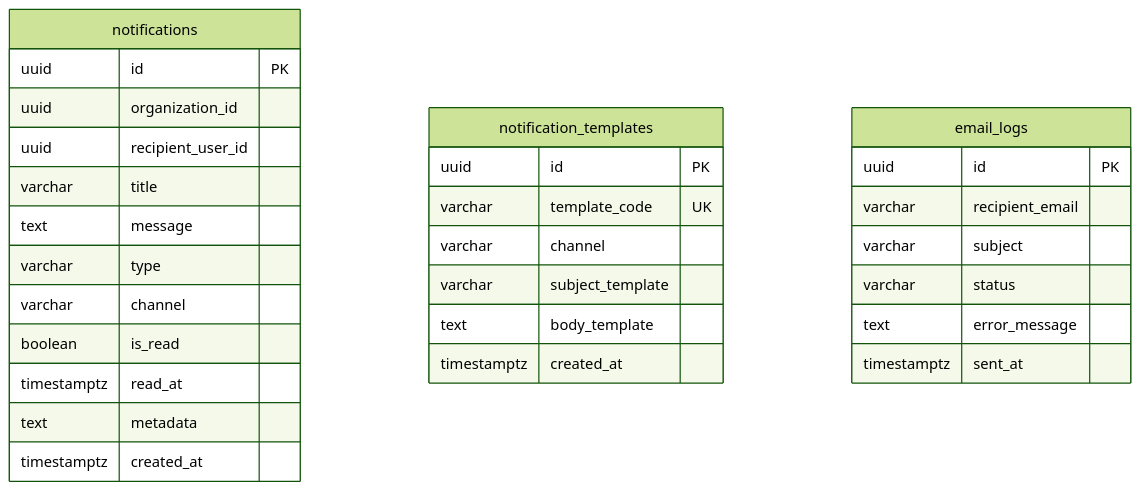
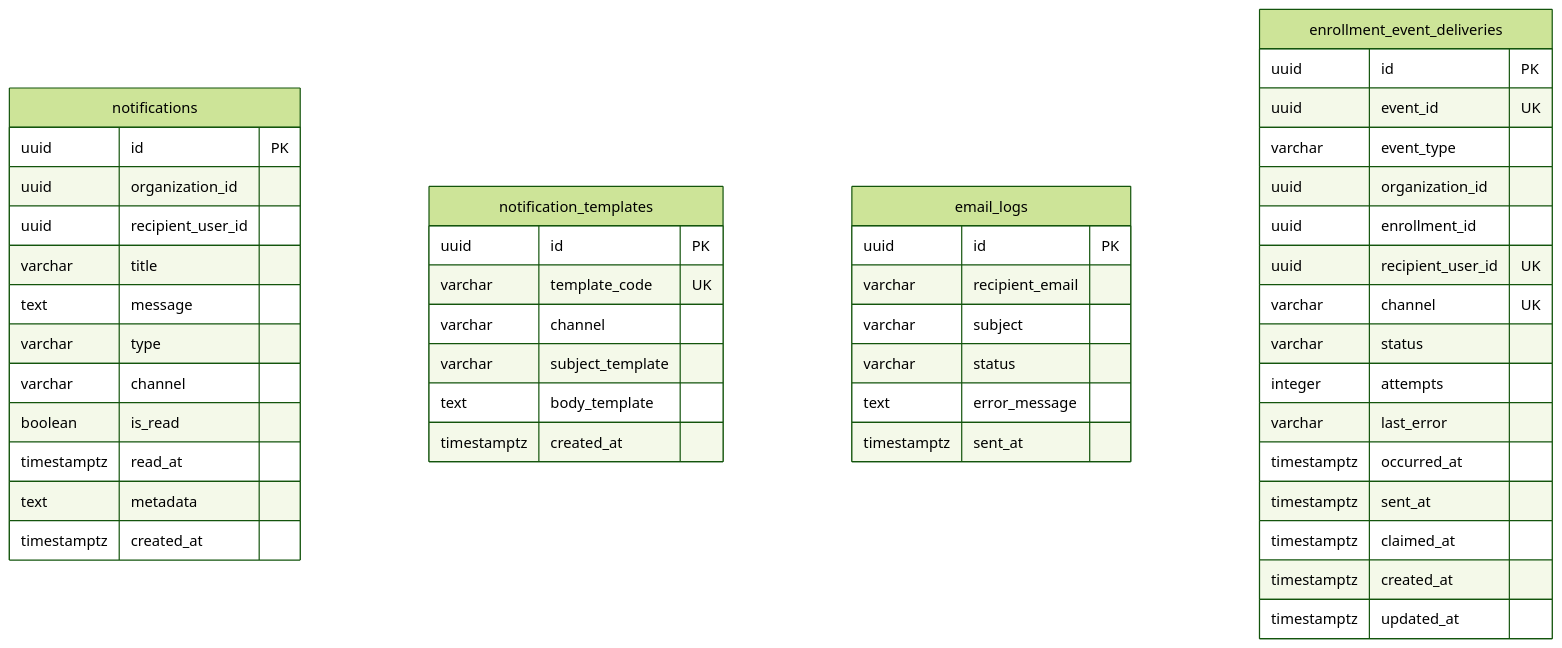
One commit to MinhKha28/LearnUp changed the diagram in docs/database/notification-db.md. Above: the diagram before and after it, drawn with Mermaid (forest theme). The commit also changed other lines of this file and 25 other files, not shown here.

````diff
--- a/docs/database/notification-db.md
+++ b/docs/database/notification-db.md
@@ -103,32 +143,49 @@
 ```mermaid
 erDiagram
     notifications {
         uuid id PK
         uuid organization_id
         uuid recipient_user_id
         varchar title
         text message
         varchar type
         varchar channel
         boolean is_read
         timestamptz read_at
         text metadata
         timestamptz created_at
     }
     notification_templates {
         uuid id PK
         varchar template_code UK
         varchar channel
         varchar subject_template
         text body_template
         timestamptz created_at
     }
     email_logs {
         uuid id PK
         varchar recipient_email
         varchar subject
         varchar status
         text error_message
         timestamptz sent_at
     }
+    enrollment_event_deliveries {
+        uuid id PK
+        uuid event_id UK
+        varchar event_type
+        uuid organization_id
+        uuid enrollment_id
+        uuid recipient_user_id UK
+        varchar channel UK
+        varchar status
+        integer attempts
+        varchar last_error
+        timestamptz occurred_at
+        timestamptz sent_at
+        timestamptz claimed_at
+        timestamptz created_at
+        timestamptz updated_at
+    }
 ```
````
